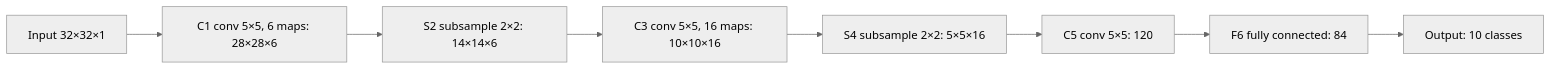
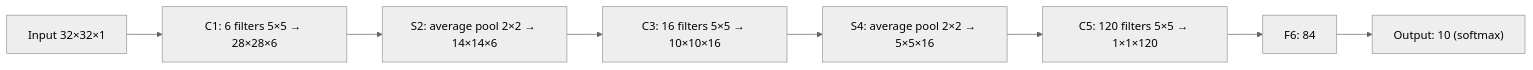
One commit to TrendySloth1001/sem-seven-notes changed the diagram in content/deep-learning/pyq/2023-12/q6a.mdx. Above: the diagram before and after it, drawn with Mermaid (neutral theme). The commit also changed other lines of this file and 186 other files, not shown here.

````diff
--- a/content/deep-learning/pyq/2023-12/q6a.mdx
+++ b/content/deep-learning/pyq/2023-12/q6a.mdx
@@ -22,11 +11,11 @@
 ```mermaid
-%% caption: LeNet-5 with the size of the data after each layer.
+%% caption: LeNet-5 layer by layer with the shape after each layer.
 flowchart LR
-  A["Input 32×32×1"] --> B["C1 conv 5×5, 6 maps: 28×28×6"]
-  B --> C["S2 subsample 2×2: 14×14×6"]
-  C --> D["C3 conv 5×5, 16 maps: 10×10×16"]
-  D --> E["S4 subsample 2×2: 5×5×16"]
-  E --> F["C5 conv 5×5: 120"]
-  F --> G["F6 fully connected: 84"]
-  G --> H["Output: 10 classes"]
+  A["Input 32×32×1"] --> B["C1: 6 filters 5×5 → 28×28×6"]
+  B --> C["S2: average pool 2×2 → 14×14×6"]
+  C --> D["C3: 16 filters 5×5 → 10×10×16"]
+  D --> E["S4: average pool 2×2 → 5×5×16"]
+  E --> F["C5: 120 filters 5×5 → 1×1×120"]
+  F --> G["F6: 84"]
+  G --> H["Output: 10 (softmax)"]
 ```
````
